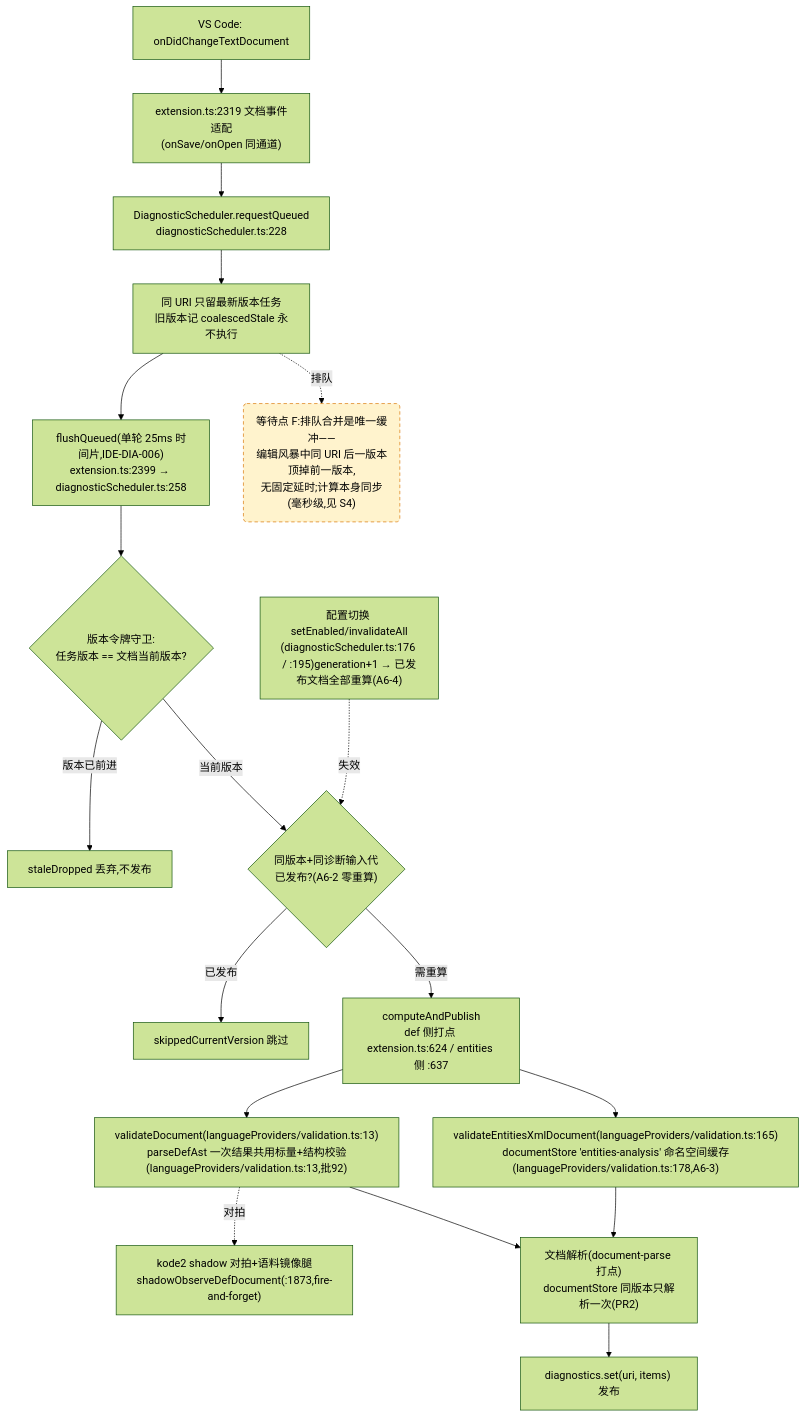
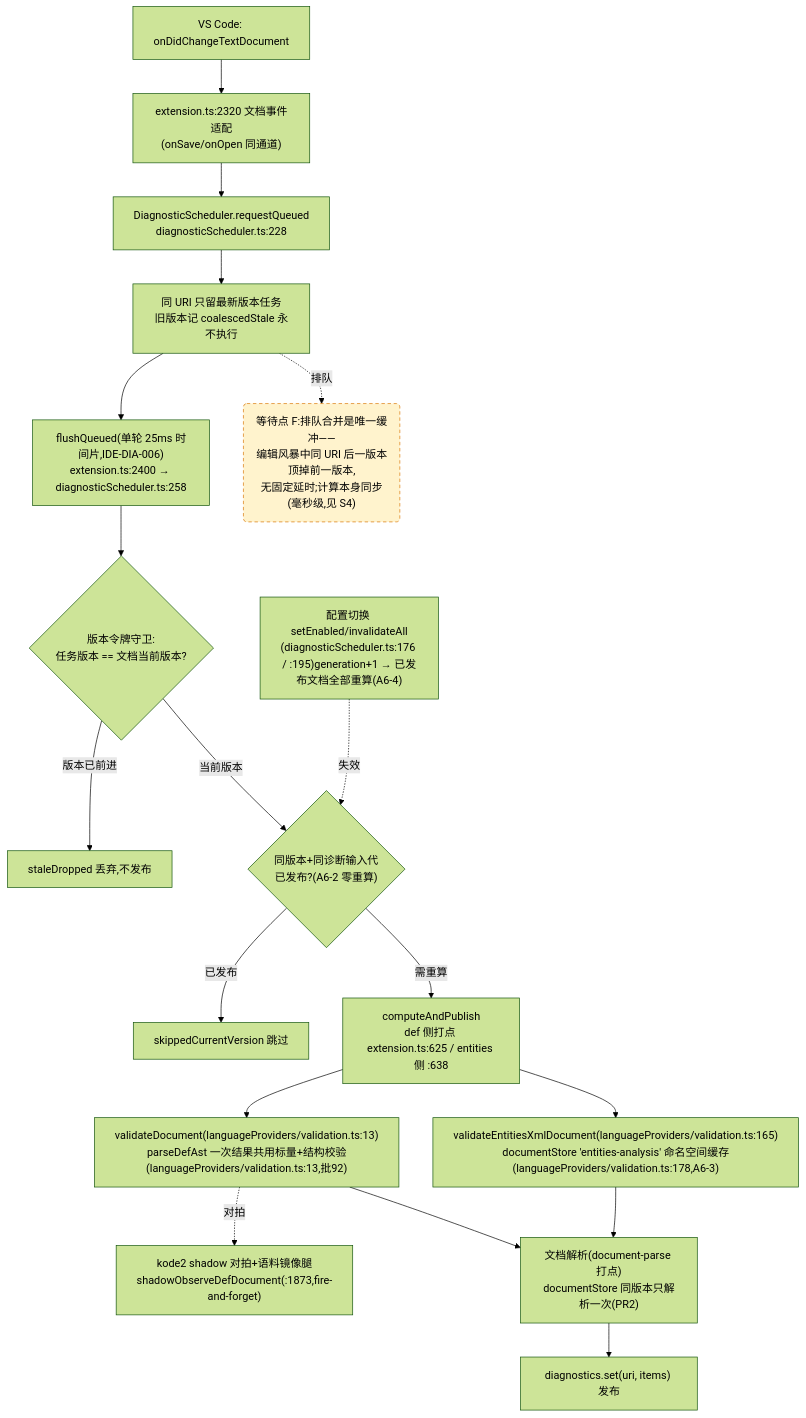
One commit to cuihairu/kode changed the fourth of 4 diagrams in docs/perf/2026-baseline.md. Above: the diagram before and after it, drawn with Mermaid (forest theme). The commit also changed other lines of this file and 28 other files, not shown here.

````diff
--- a/docs/perf/2026-baseline.md
+++ b/docs/perf/2026-baseline.md
@@ -214,38 +214,38 @@
 ```mermaid
 flowchart TD
   CHG["VS Code: onDidChangeTextDocument"]
-  WATCH["extension.ts:2319 文档事件适配<br/>(onSave/onOpen 同通道)"]
+  WATCH["extension.ts:2320 文档事件适配<br/>(onSave/onOpen 同通道)"]
   RQ["DiagnosticScheduler.requestQueued<br/>diagnosticScheduler.ts:228"]
   CO["同 URI 只留最新版本任务<br/>旧版本记 coalescedStale 永不执行"]
-  FL["flushQueued(单轮 25ms 时间片,IDE-DIA-006)<br/>extension.ts:2399 → diagnosticScheduler.ts:258"]
+  FL["flushQueued(单轮 25ms 时间片,IDE-DIA-006)<br/>extension.ts:2400 → diagnosticScheduler.ts:258"]
   VG{"版本令牌守卫:<br/>任务版本 == 文档当前版本?"}
   DROP["staleDropped 丢弃,不发布"]
   GEN{"同版本+同诊断输入代<br/>已发布?(A6-2 零重算)"}
   SKIP["skippedCurrentVersion 跳过"]
-  CALC["computeAndPublish<br/>def 侧打点 extension.ts:624 / entities 侧 :637"]
+  CALC["computeAndPublish<br/>def 侧打点 extension.ts:625 / entities 侧 :638"]
   VD["validateDocument(languageProviders/validation.ts:13)<br/>parseDefAst 一次结果共用标量+结构校验(languageProviders/validation.ts:13,批92)"]
   VEX["validateEntitiesXmlDocument(languageProviders/validation.ts:165)<br/>documentStore 'entities-analysis' 命名空间缓存(languageProviders/validation.ts:178,A6-3)"]
   SHDD["kode2 shadow 对拍+语料镜像腿<br/>shadowObserveDefDocument(:1873,fire-and-forget)"]
   DS["文档解析(document-parse 打点)<br/>documentStore 同版本只解析一次(PR2)"]
   PUB["diagnostics.set(uri, items) 发布"]
   CFG2["配置切换 setEnabled/invalidateAll<br/>(diagnosticScheduler.ts:176 / :195)generation+1 → 已发布文档全部重算(A6-4)"]
 
   CHG --> WATCH --> RQ --> CO --> FL --> VG
   VG -- "版本已前进" --> DROP
   VG -- "当前版本" --> GEN
   GEN -- "已发布" --> SKIP
   GEN -- "需重算" --> CALC
   CALC --> VD
   CALC --> VEX
   VD --> DS
   VEX --> DS
   DS --> PUB
   VD -.->|对拍| SHDD
   CFG2 -.->|失效| GEN
 
   WAITF("等待点 F:排队合并是唯一缓冲——<br/>编辑风暴中同 URI 后一版本顶掉前一版本,<br/>无固定延时;计算本身同步(毫秒级,见 S4)")
   CO -.->|排队| WAITF
 
   classDef waitPoint fill:#fff3cd,stroke:#d97706,stroke-dasharray:5 4;
   class WAITF waitPoint;
 ```
````
